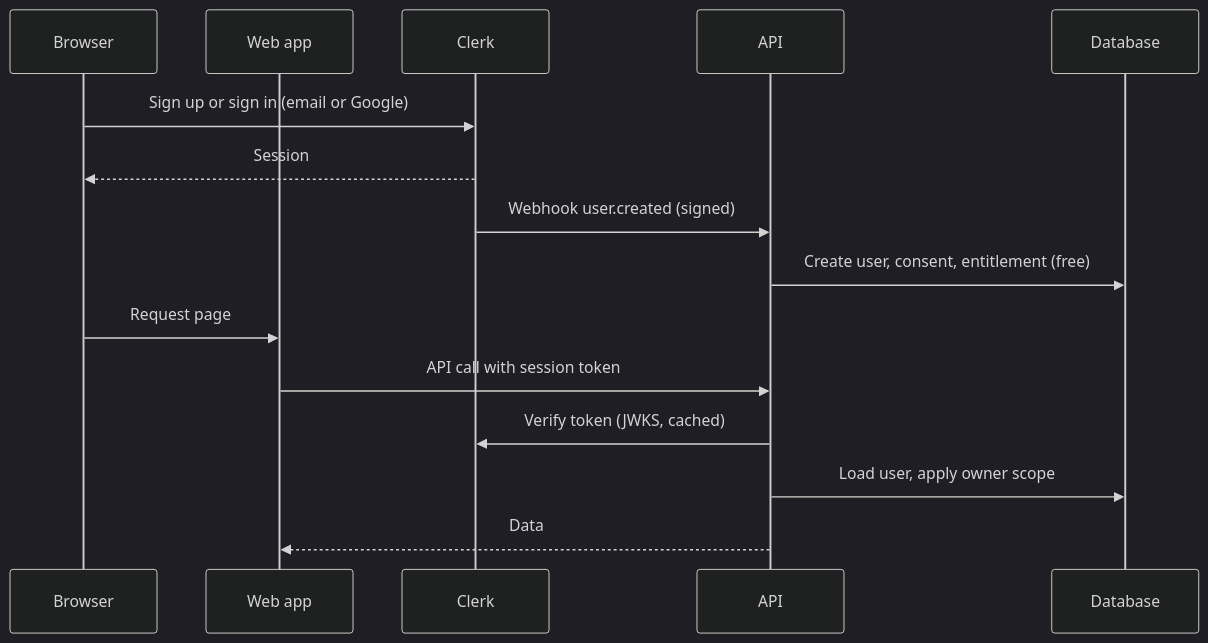
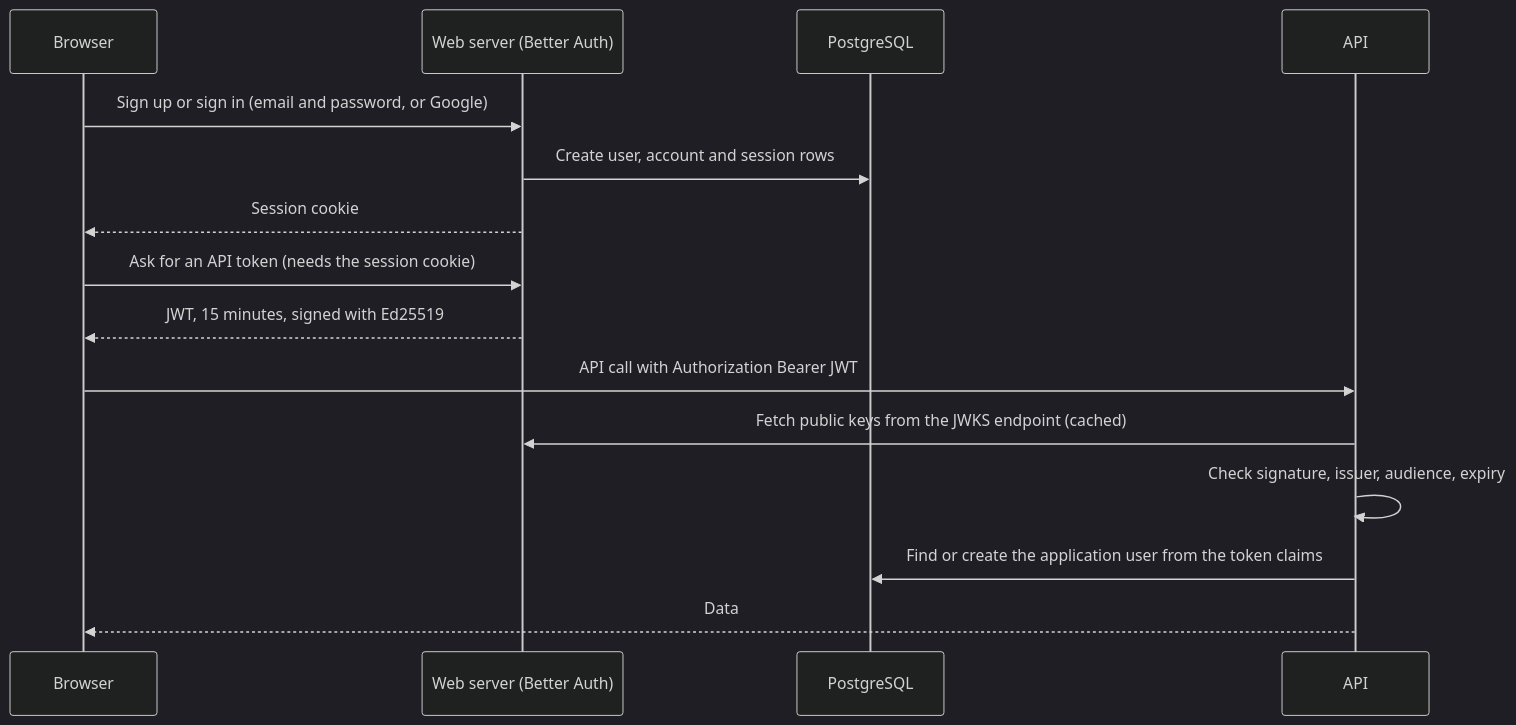
Before and after one commit to A7-studio/jobmigo: the second of 4 diagrams in docs/technical-design.md, drawn with Mermaid (dark theme). The commit also changed other lines of this file and 62 other files, not shown here.

````diff
--- a/docs/technical-design.md
+++ b/docs/technical-design.md
@@ -147,17 +155,17 @@
 ```mermaid
 sequenceDiagram
   participant B as Browser
-  participant W as Web app
-  participant C as Clerk
+  participant W as Web server (Better Auth)
+  participant D as PostgreSQL
   participant A as API
-  participant D as Database
-  B->>C: Sign up or sign in (email or Google)
-  C-->>B: Session
-  C->>A: Webhook user.created (signed)
-  A->>D: Create user, consent, entitlement (free)
-  B->>W: Request page
-  W->>A: API call with session token
-  A->>C: Verify token (JWKS, cached)
-  A->>D: Load user, apply owner scope
-  A-->>W: Data
+  B->>W: Sign up or sign in (email and password, or Google)
+  W->>D: Create user, account and session rows
+  W-->>B: Session cookie
+  B->>W: Ask for an API token (needs the session cookie)
+  W-->>B: JWT, 15 minutes, signed with Ed25519
+  B->>A: API call with Authorization Bearer JWT
+  A->>W: Fetch public keys from the JWKS endpoint (cached)
+  A->>A: Check signature, issuer, audience, expiry
+  A->>D: Find or create the application user from the token claims
+  A-->>B: Data
 ```
````
